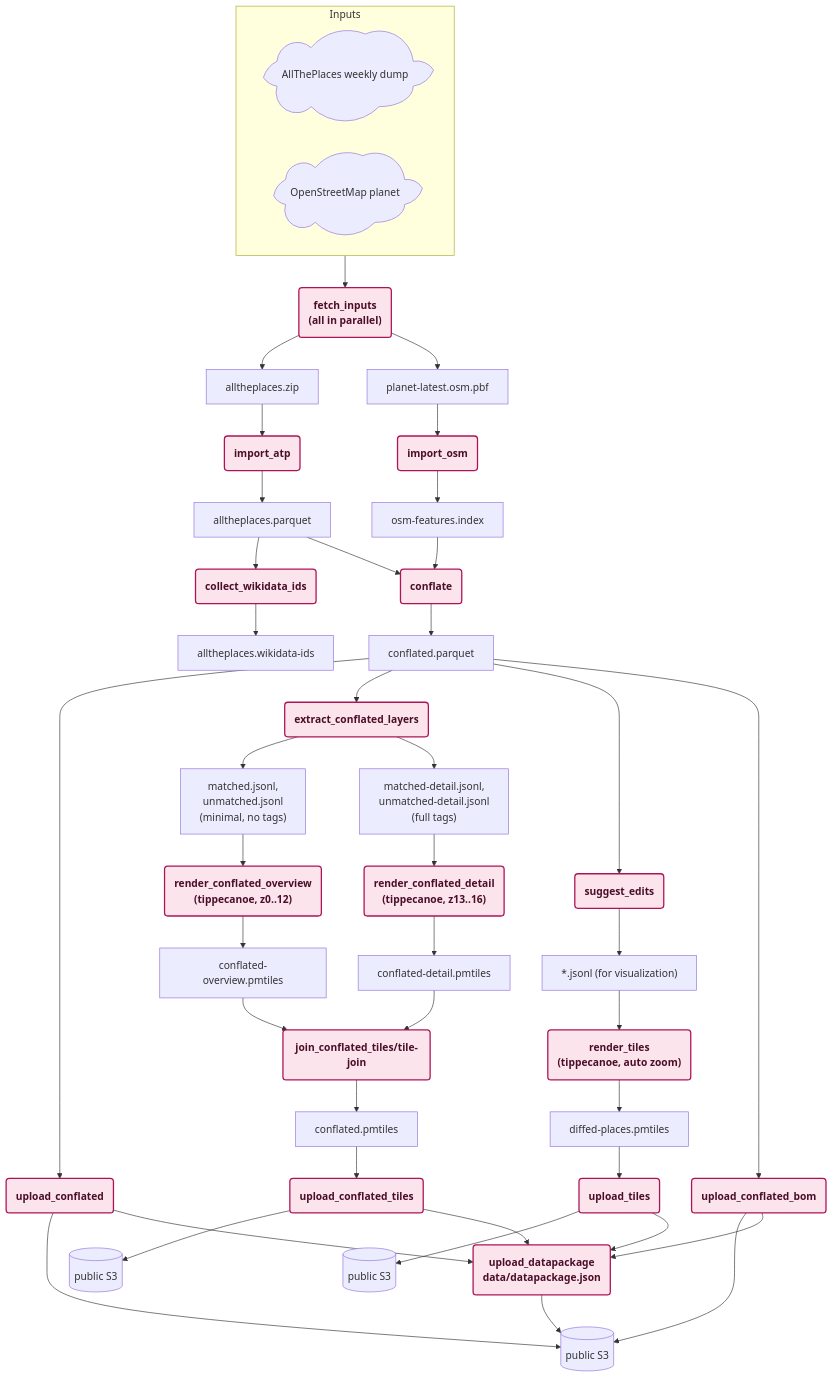
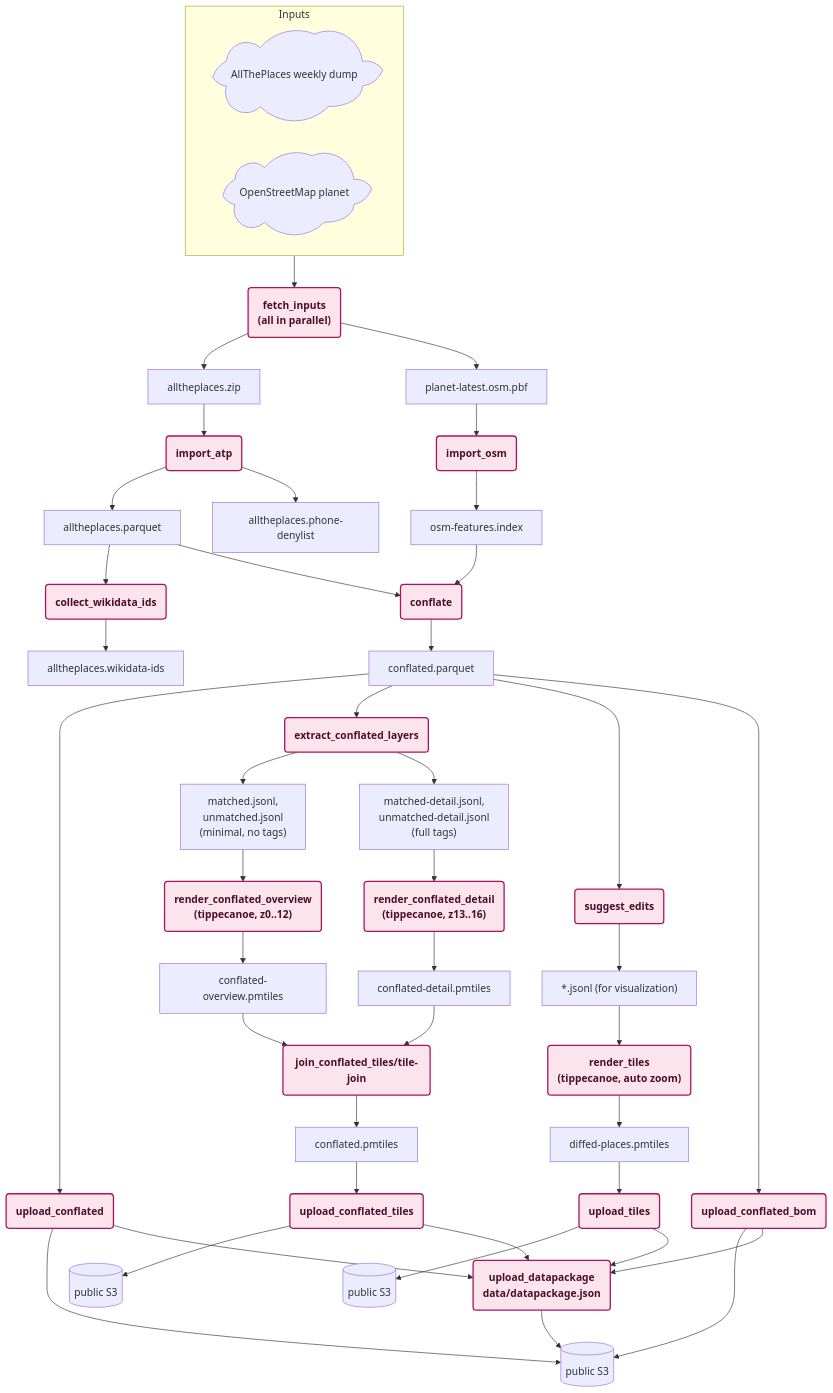
One commit to brawer/osmdiffs changed the diagram in docs/TECHNICAL_DESIGN.md. Above: the diagram before and after it, drawn with Mermaid. The commit also changed other lines of this file and 5 other files, not shown here.

First line of the commit message:
feat: compute denylist of ATP switchboard phone numbers (#844)

````diff
--- a/docs/TECHNICAL_DESIGN.md
+++ b/docs/TECHNICAL_DESIGN.md
@@ -177,46 +177,47 @@
 ```mermaid
 graph TD
     ATP_SRC@{ shape: cloud, label: "AllThePlaces weekly dump" }
     OSM_SRC@{ shape: cloud, label: "OpenStreetMap planet" }
 
     subgraph INPUTS [Inputs]
         ATP_SRC
         OSM_SRC
     end
     INPUTS --> FETCH_INPUTS("fetch_inputs<br/>(all in parallel)")
     FETCH_INPUTS --> ATP_ZIP[alltheplaces.zip]
     FETCH_INPUTS --> OSM_PBF[planet-latest.osm.pbf]
 
     ATP_ZIP --> IMPORT_ATP(import_atp) --> ATP_PARQUET[alltheplaces.parquet]
+    IMPORT_ATP --> PHONE_DENYLIST[alltheplaces.phone-denylist]
     ATP_PARQUET --> COLLECT_WIKI(collect_wikidata_ids) --> WIKIDATA[alltheplaces.wikidata-ids]
 
     OSM_PBF --> IMPORT_OSM(import_osm) --> OSM_INDEX[osm-features.index]
 
     ATP_PARQUET --> CONFLATE(conflate)
     OSM_INDEX --> CONFLATE
     CONFLATE --> CONFLATED[conflated.parquet]
     CONFLATED --> UPLOAD_CONFLATED(upload_conflated) --> S3A[("public S3")]
 
     CONFLATED --> EXTRACT_CONFLATED_LAYERS(extract_conflated_layers)
     EXTRACT_CONFLATED_LAYERS --> OVERVIEW_LAYERS["matched.jsonl,<br/>unmatched.jsonl<br/>(minimal, no tags)"]
     EXTRACT_CONFLATED_LAYERS --> DETAIL_LAYERS["matched-detail.jsonl,<br/>unmatched-detail.jsonl<br/>(full tags)"]
     OVERVIEW_LAYERS --> RENDER_CONFLATED_OVERVIEW("render_conflated_overview<br/>(tippecanoe, z0..12)") --> OVERVIEW_PMTILES[conflated-overview.pmtiles]
     DETAIL_LAYERS --> RENDER_CONFLATED_DETAIL("render_conflated_detail<br/>(tippecanoe, z13..16)") --> DETAIL_PMTILES[conflated-detail.pmtiles]
     OVERVIEW_PMTILES --> JOIN_CONFLATED_TILES(join_conflated_tiles/tile-join)
     DETAIL_PMTILES --> JOIN_CONFLATED_TILES
     JOIN_CONFLATED_TILES --> CONFLATED_PMTILES[conflated.pmtiles]
     CONFLATED_PMTILES --> UPLOAD_CONFLATED_TILES(upload_conflated_tiles) --> S3C[("public S3")]
 
     CONFLATED --> SUGGEST_EDITS(suggest_edits) --> LAYERS["*.jsonl (for visualization)"]
     LAYERS --> RENDER_TILES("render_tiles<br/>(tippecanoe, auto zoom)") --> PMTILES[diffed-places.pmtiles]
     PMTILES --> UPLOAD_TILES(upload_tiles) --> S3B[("public S3")]
 
     CONFLATED --> UPLOAD_BOM(upload_conflated_bom) --> S3A
     UPLOAD_CONFLATED --> UPLOAD_DATAPACKAGE
     UPLOAD_CONFLATED_TILES --> UPLOAD_DATAPACKAGE
     UPLOAD_TILES --> UPLOAD_DATAPACKAGE
     UPLOAD_BOM --> UPLOAD_DATAPACKAGE(upload_datapackage<br/>data/datapackage.json) --> S3A
 
     classDef process fill:#fce4ec,stroke:#ad1457,stroke-width:2px,color:#4a0e28,font-weight:bold;
     class FETCH_INPUTS,IMPORT_ATP,COLLECT_WIKI,IMPORT_OSM,CONFLATE,UPLOAD_CONFLATED,EXTRACT_CONFLATED_LAYERS,RENDER_CONFLATED_OVERVIEW,RENDER_CONFLATED_DETAIL,JOIN_CONFLATED_TILES,UPLOAD_CONFLATED_TILES,SUGGEST_EDITS,RENDER_TILES,UPLOAD_TILES,UPLOAD_BOM,UPLOAD_DATAPACKAGE process;
 ```
````
